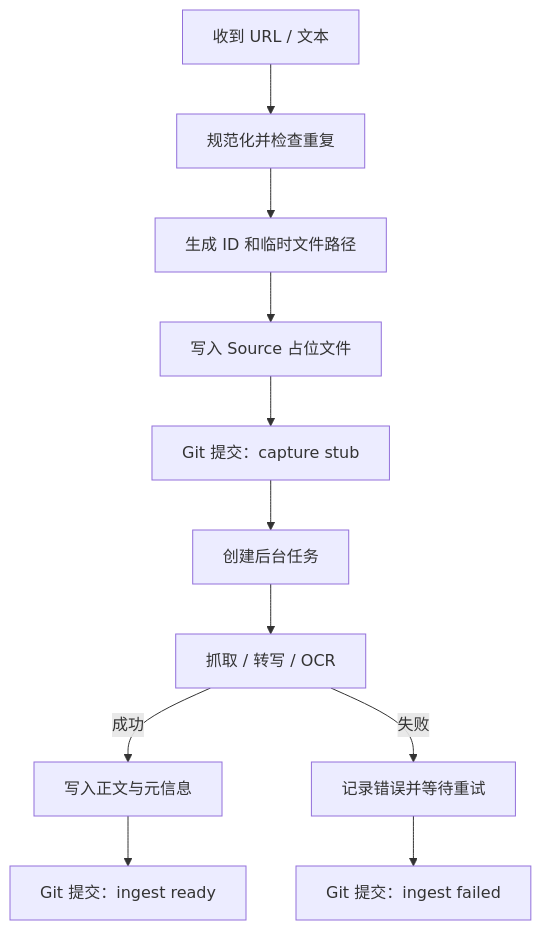
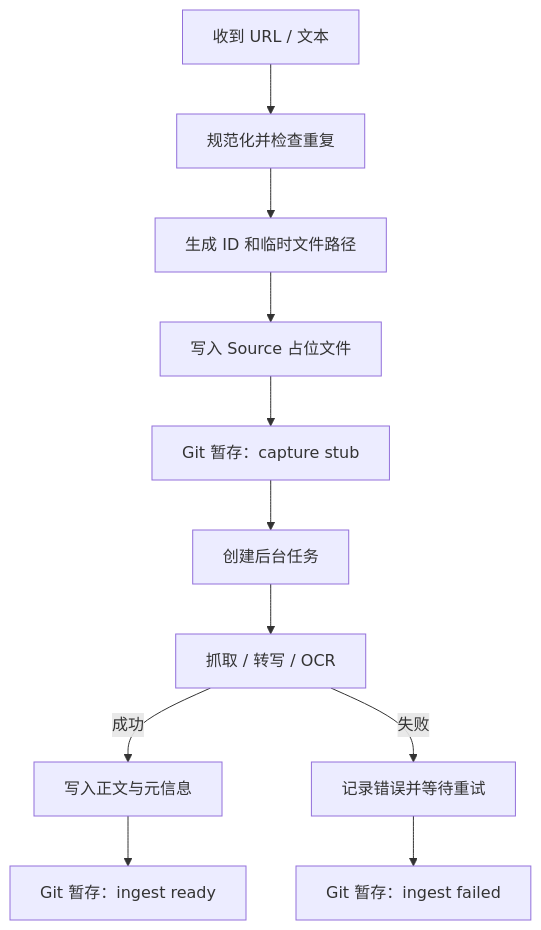
The diagram in specifications/capture-workflow.md (TTtrace/knowledge-vault-blueprint), drawn with Mermaid before and after one commit. The commit also changed other lines of this file and 10 other files, not shown here.

````diff
--- a/specifications/capture-workflow.md
+++ b/specifications/capture-workflow.md
@@ -16,13 +16,13 @@
 ```mermaid
 flowchart TD
     A["收到 URL / 文本"] --> B["规范化并检查重复"]
     B --> C["生成 ID 和临时文件路径"]
     C --> D["写入 Source 占位文件"]
-    D --> E["Git 提交：capture stub"]
+    D --> E["Git 暂存：capture stub"]
     E --> F["创建后台任务"]
     F --> G["抓取 / 转写 / OCR"]
     G -->|成功| H["写入正文与元信息"]
     G -->|失败| I["记录错误并等待重试"]
-    H --> J["Git 提交：ingest ready"]
-    I --> K["Git 提交：ingest failed"]
+    H --> J["Git 暂存：ingest ready"]
+    I --> K["Git 暂存：ingest failed"]
 ```
````
